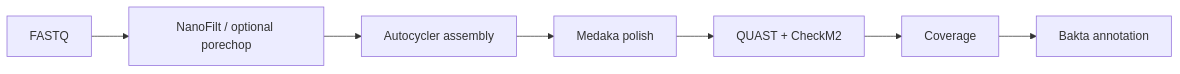
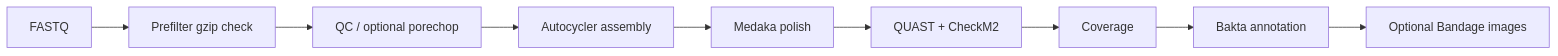
One commit to bbagy/UhlemannLab changed the diagram in longWGS/README.md. Above: the diagram before and after it, drawn with Mermaid. The commit also changed other lines of this file and 16 other files, not shown here.

````diff
--- a/longWGS/README.md
+++ b/longWGS/README.md
@@ -13,9 +19,11 @@
 ```mermaid
 flowchart LR
-  A[FASTQ] --> B[NanoFilt / optional porechop]
-  B --> C[Autocycler assembly]
-  C --> D[Medaka polish]
-  D --> E[QUAST + CheckM2]
-  E --> F[Coverage]
-  F --> G[Bakta annotation]
+  A[FASTQ] --> B[Prefilter gzip check]
+  B --> C[QC / optional porechop]
+  C --> D[Autocycler assembly]
+  D --> E[Medaka polish]
+  E --> F[QUAST + CheckM2]
+  F --> G[Coverage]
+  G --> H[Bakta annotation]
+  H --> I[Optional Bandage images]
 ```
````
